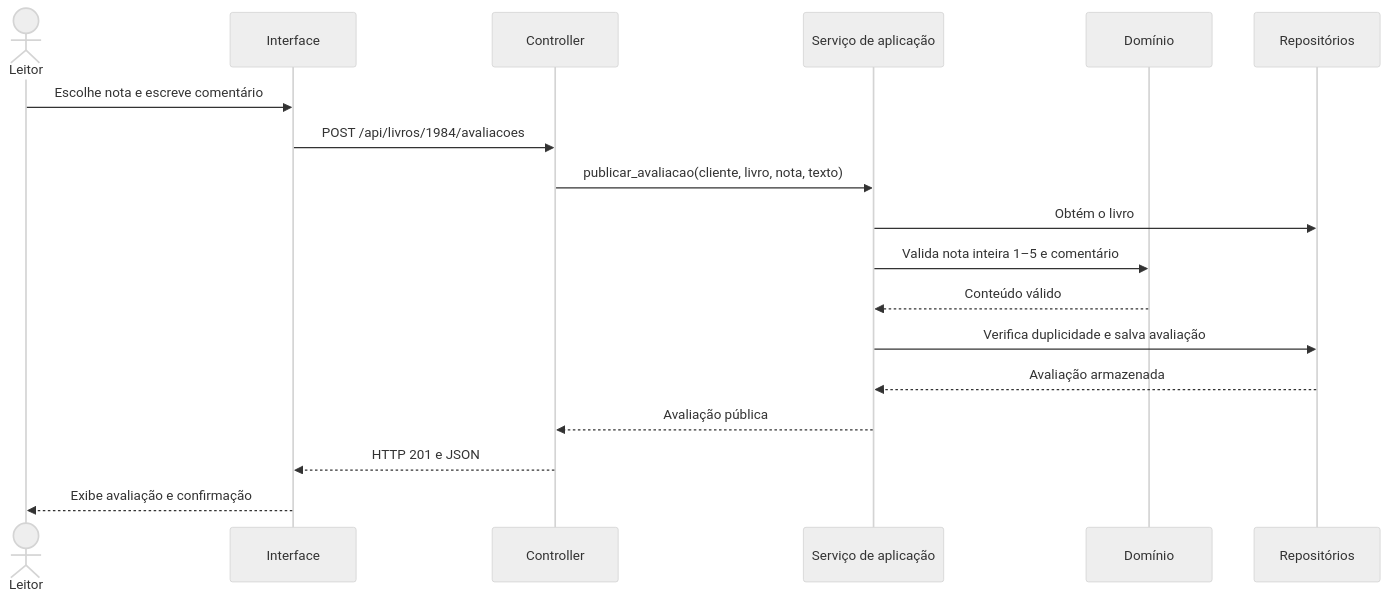
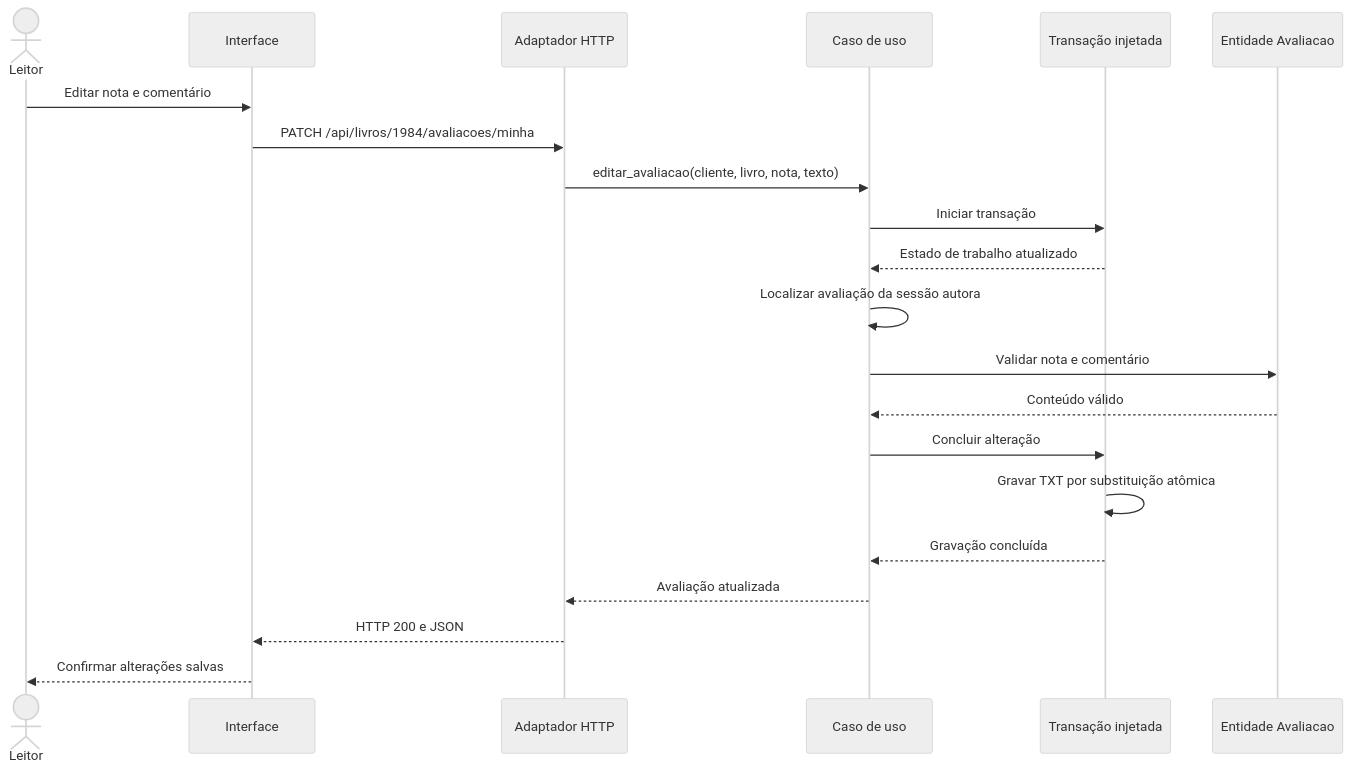
One commit to Ckenz0/Arquitetura-Clean changed the second of 2 diagrams in docs/arquitetura.md. Above: the diagram before and after it, drawn with Mermaid (neutral theme). The commit also changed other lines of this file and 37 other files, not shown here.

Commit message:
feat: adiciona Clean Architecture, TXT e edição de avaliações

````diff
--- a/docs/arquitetura.md
+++ b/docs/arquitetura.md
@@ -41,20 +50,23 @@
 ```mermaid
 sequenceDiagram
     actor Leitor
     participant UI as Interface
-    participant C as Controller
-    participant S as Serviço de aplicação
-    participant D as Domínio
-    participant R as Repositórios
-    Leitor->>UI: Escolhe nota e escreve comentário
-    UI->>C: POST /api/livros/1984/avaliacoes
-    C->>S: publicar_avaliacao(cliente, livro, nota, texto)
-    S->>R: Obtém o livro
-    S->>D: Valida nota inteira 1–5 e comentário
-    D-->>S: Conteúdo válido
-    S->>R: Verifica duplicidade e salva avaliação
-    R-->>S: Avaliação armazenada
-    S-->>C: Avaliação pública
-    C-->>UI: HTTP 201 e JSON
-    UI-->>Leitor: Exibe avaliação e confirmação
+    participant HTTP as Adaptador HTTP
+    participant UC as Caso de uso
+    participant TX as Transação injetada
+    participant E as Entidade Avaliacao
+    Leitor->>UI: Editar nota e comentário
+    UI->>HTTP: PATCH /api/livros/1984/avaliacoes/minha
+    HTTP->>UC: editar_avaliacao(cliente, livro, nota, texto)
+    UC->>TX: Iniciar transação
+    TX-->>UC: Estado de trabalho atualizado
+    UC->>UC: Localizar avaliação da sessão autora
+    UC->>E: Validar nota e comentário
+    E-->>UC: Conteúdo válido
+    UC->>TX: Concluir alteração
+    TX->>TX: Gravar TXT por substituição atômica
+    TX-->>UC: Gravação concluída
+    UC-->>HTTP: Avaliação atualizada
+    HTTP-->>UI: HTTP 200 e JSON
+    UI-->>Leitor: Confirmar alterações salvas
 ```
````
